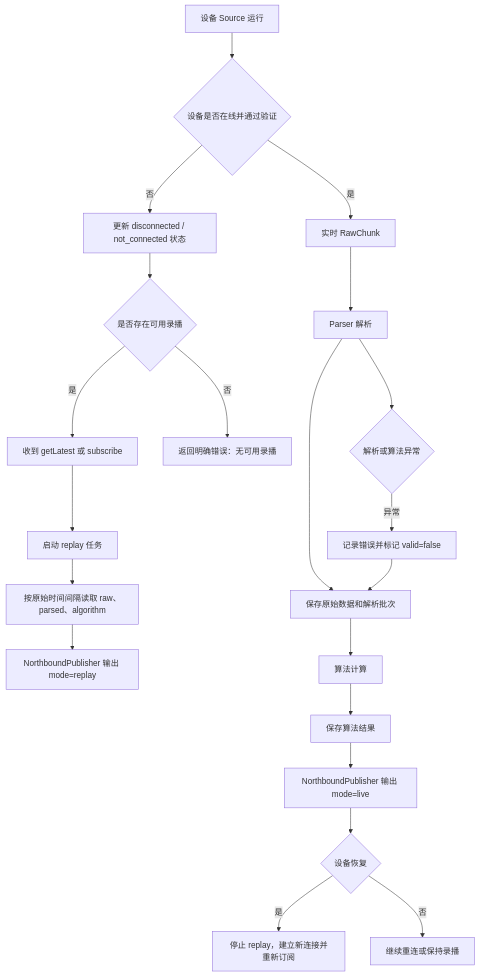
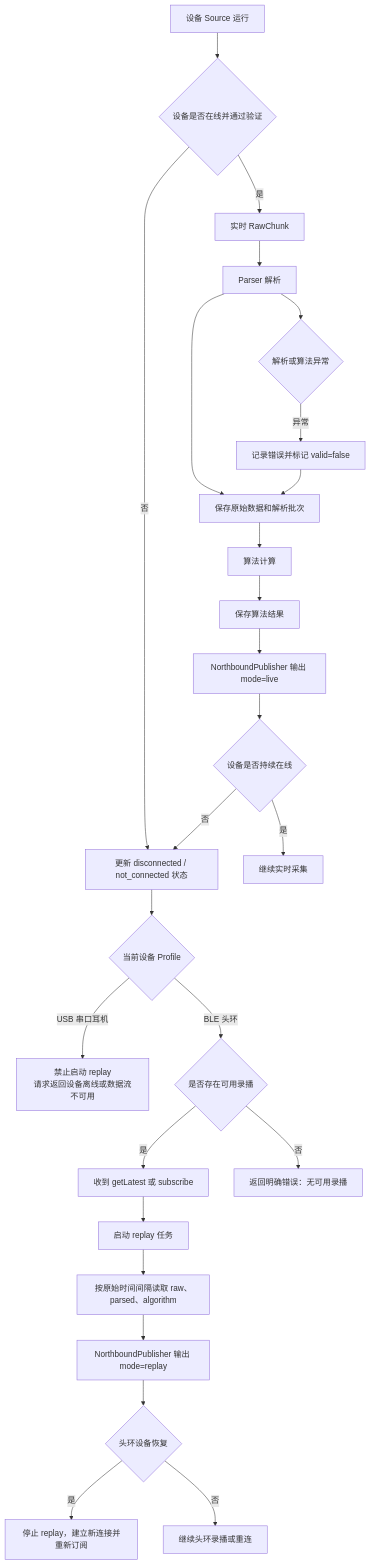
Before and after one commit to Entertech/NeuroBridge: the third of 5 diagrams in doc/tech/NeuroBridge项目结构与多系统接入_PRD.md, drawn with Mermaid. The commit also changed other lines of this file, not shown here.

````diff
--- a/doc/tech/NeuroBridge项目结构与多系统接入_PRD.md
+++ b/doc/tech/NeuroBridge项目结构与多系统接入_PRD.md
@@ -165,26 +170,32 @@
 ```mermaid
 flowchart TD
     A[设备 Source 运行] --> B{设备是否在线并通过验证}
     B -->|是| C[实时 RawChunk]
     B -->|否| D[更新 disconnected / not_connected 状态]
-    D --> E{是否存在可用录播}
-    E -->|是| F[收到 getLatest 或 subscribe]
+    D --> E{当前设备 Profile}
+    E -->|USB 串口耳机| J[禁止启动 replay<br/>请求返回设备离线或数据流不可用]
+    E -->|BLE 头环| E1{是否存在可用录播}
+    E1 -->|是| F[收到 getLatest 或 subscribe]
     F --> G[启动 replay 任务]
     G --> H[按原始时间间隔读取 raw、parsed、algorithm]
     H --> I[NorthboundPublisher 输出 mode=replay]
-    E -->|否| J[返回明确错误：无可用录播]
+    E1 -->|否| J1[返回明确错误：无可用录播]
 
     C --> K[Parser 解析]
     K --> L[保存原始数据和解析批次]
     L --> M[算法计算]
     M --> N[保存算法结果]
     N --> O[NorthboundPublisher 输出 mode=live]
 
-    O --> P{设备恢复}
-    P -->|是| Q[停止 replay，建立新连接并重新订阅]
-    P -->|否| R[继续重连或保持录播]
+    O --> P{设备是否持续在线}
+    P -->|是| R[继续实时采集]
+    P -->|否| D
+
+    I --> Q{头环设备恢复}
+    Q -->|是| Q1[停止 replay，建立新连接并重新订阅]
+    Q -->|否| Q2[继续头环录播或重连]
 
     K --> S{解析或算法异常}
     S -->|异常| T[记录错误并标记 valid=false]
     T --> L
 ```
````
